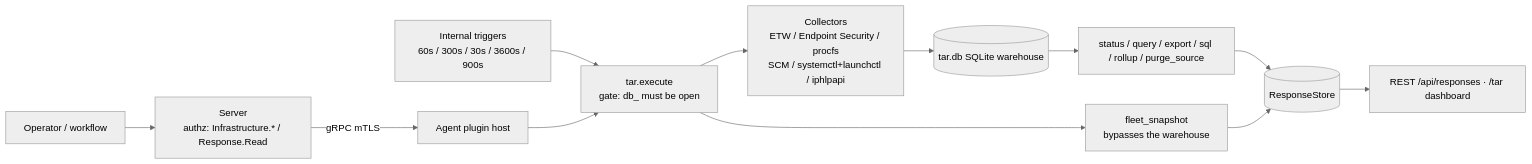
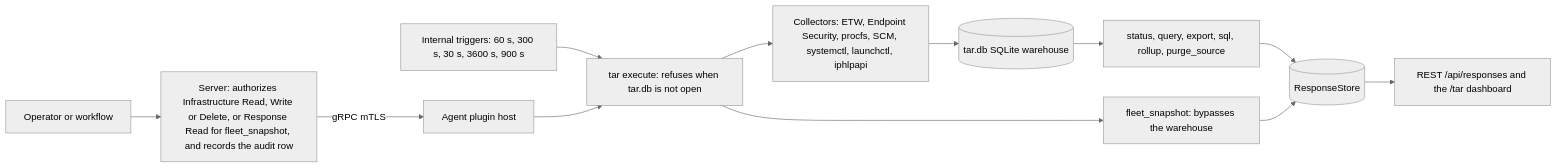
Before and after one commit to DevNullLtd/Yuzu: the first of 4 diagrams in agents/plugins/tar/README.md, drawn with Mermaid (neutral theme). The commit also changed other lines of this file and 1 other file, not shown here.

Commit message:
docs(plugins): refresh the tar READMEs

````diff
--- a/agents/plugins/tar/README.md
+++ b/agents/plugins/tar/README.md
@@ -60,13 +131,13 @@
 ```mermaid
 flowchart LR
-  TRIG[Internal triggers<br/>60s / 300s / 30s / 3600s / 900s] --> EX
-  OP[Operator / workflow] --> SRV[Server<br/>authz: Infrastructure.* / Response.Read]
-  SRV -- gRPC mTLS --> HOST[Agent plugin host] --> EX[tar.execute<br/>gate: db_ must be open]
-  EX --> COL[Collectors<br/>ETW / Endpoint Security / procfs<br/>SCM / systemctl+launchctl / iphlpapi]
-  COL --> DB[(tar.db SQLite warehouse)]
-  EX --> FS[fleet_snapshot<br/>bypasses the warehouse]
-  DB --> READ[status / query / export / sql / rollup / purge_source]
-  READ --> RS[(ResponseStore)]
+  TRIG["Internal triggers: 60 s, 300 s, 30 s, 3600 s, 900 s"] --> EX
+  OP["Operator or workflow"] --> SRV["Server: authorizes Infrastructure Read, Write or Delete, or Response Read for fleet_snapshot, and records the audit row"]
+  SRV -->|"gRPC mTLS"| HOST["Agent plugin host"] --> EX["tar execute: refuses when tar.db is not open"]
+  EX --> COL["Collectors: ETW, Endpoint Security, procfs, SCM, systemctl, launchctl, iphlpapi"]
+  COL --> DB[("tar.db SQLite warehouse")]
+  EX --> FS["fleet_snapshot: bypasses the warehouse"]
+  DB --> READ["status, query, export, sql, rollup, purge_source"]
+  READ --> RS[("ResponseStore")]
   FS --> RS
-  RS --> API[REST /api/responses · /tar dashboard]
+  RS --> API["REST /api/responses and the /tar dashboard"]
 ```
````
